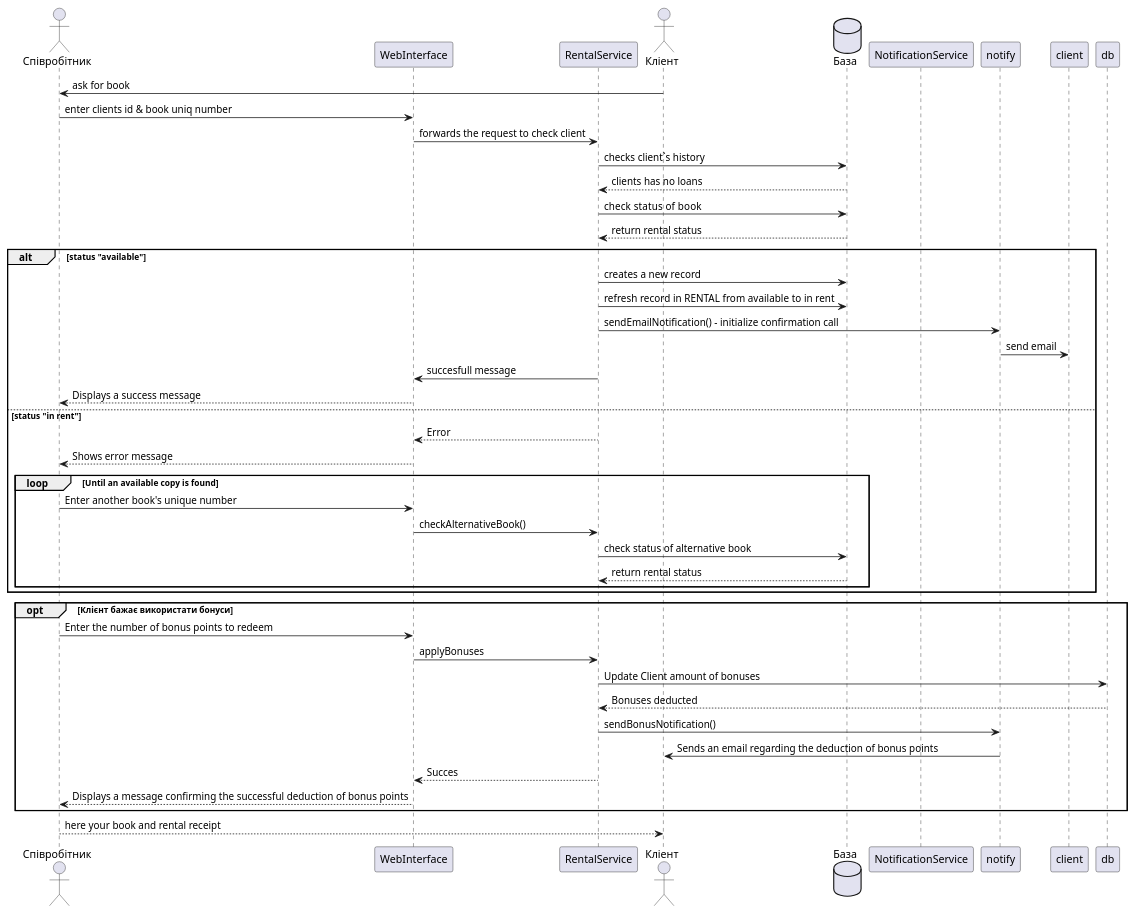
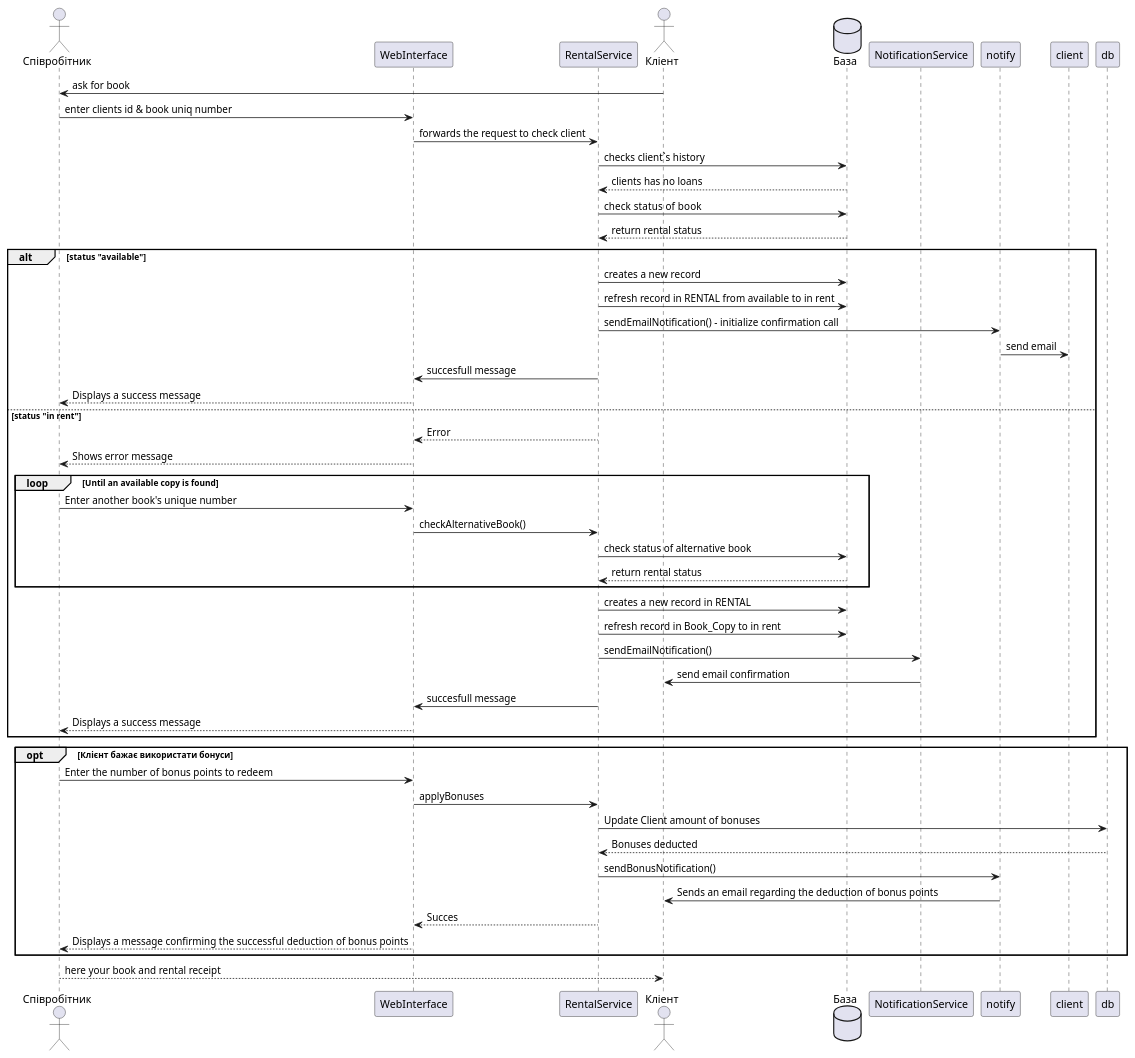
Before and after one commit to sofiakiosova37-boop/bookshop_kpi2: the first of 2 diagrams in task3/sequence.puml, drawn with PlantUML.

Commit message:
loop improved, but here were some thought (ADR)

```diff
--- a/task3/sequence.puml
+++ b/task3/sequence.puml
@@ -2,47 +2,57 @@
 @startuml
 actor Співробітник as staff 
 participant WebInterface as ui
 participant RentalService as service
 actor Кліент as cus
 database База as DB
 participant NotificationService as notif
 
 cus -> staff: ask for book 
 staff -> ui: enter clients id & book uniq number
 ui -> service: forwards the request to check client
 service -> DB: checks client`s history 
 service <-- DB: clients has no loans
 service -> DB: check status of  book
 service <-- DB: return rental status 
+
 alt status "available"
     service -> DB: creates a new record
     service -> DB: refresh record in RENTAL from available to in rent
     service -> notify: sendEmailNotification() - initialize confirmation call
     notify -> client: send email
     ui <- service: succesfull message
     staff <-- ui: Displays a success message
+
 else status "in rent"
     ui <-- service: Error
     staff <-- ui: Shows errоr message 
+
     loop Until an available copy is found
         staff -> ui: Enter another book's unique number
         ui -> service: checkAlternativeBook()
         service -> DB: check status of alternative book
         service <-- DB: return rental status
     end loop
+
+    service -> DB: creates a new record in RENTAL
+    service -> DB: refresh record in Book_Copy to in rent
+    service -> notif: sendEmailNotification()
+    notif -> cus: send email confirmation
+    ui <- service: succesfull message
+    staff <-- ui: Displays a success message
 end alt
 
 opt Клієнт бажає використати бонуси
     staff -> ui: Enter the number of bonus points to redeem
     ui -> service: applyBonuses
     service -> db: Update Client amount of bonuses
     service <-- db: Bonuses deducted
     service -> notify: sendBonusNotification()
     notify -> cus: Sends an email regarding the deduction of bonus points
     ui <-- service: Succes
     staff <-- ui: Displays a message confirming the successful deduction of bonus points
 end opt
 
 cus <-- staff: here your book and rental receipt
 
 @enduml
```
